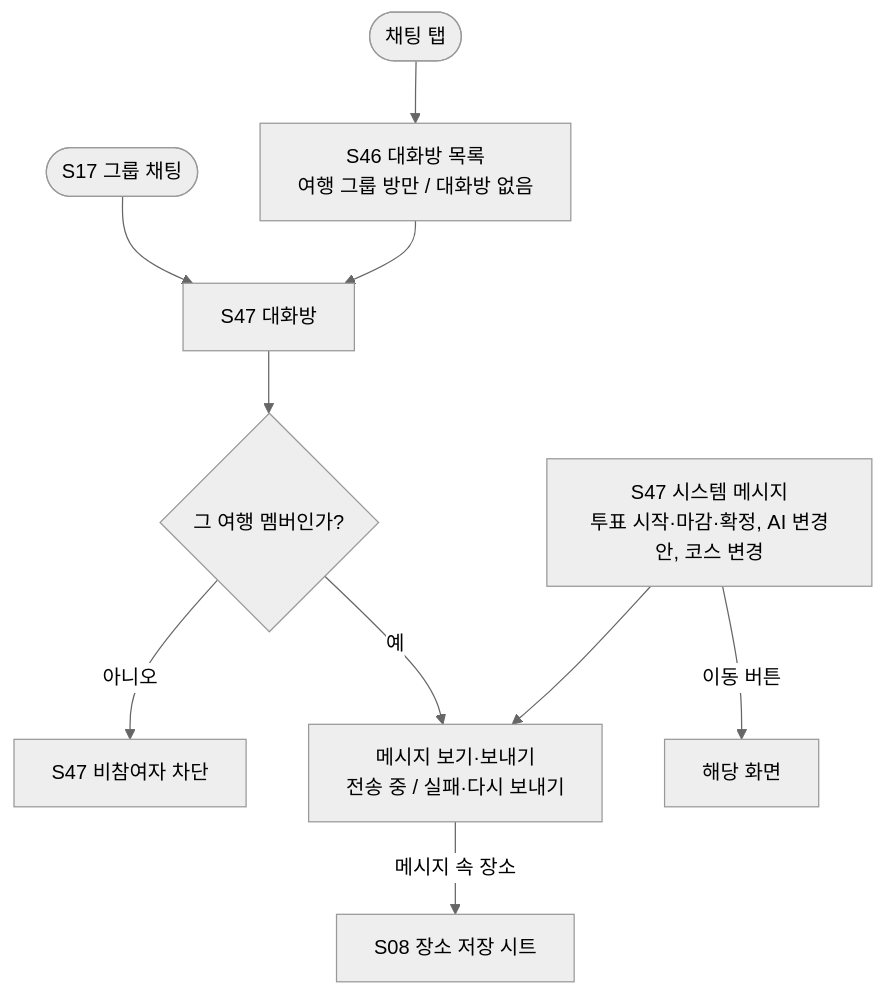
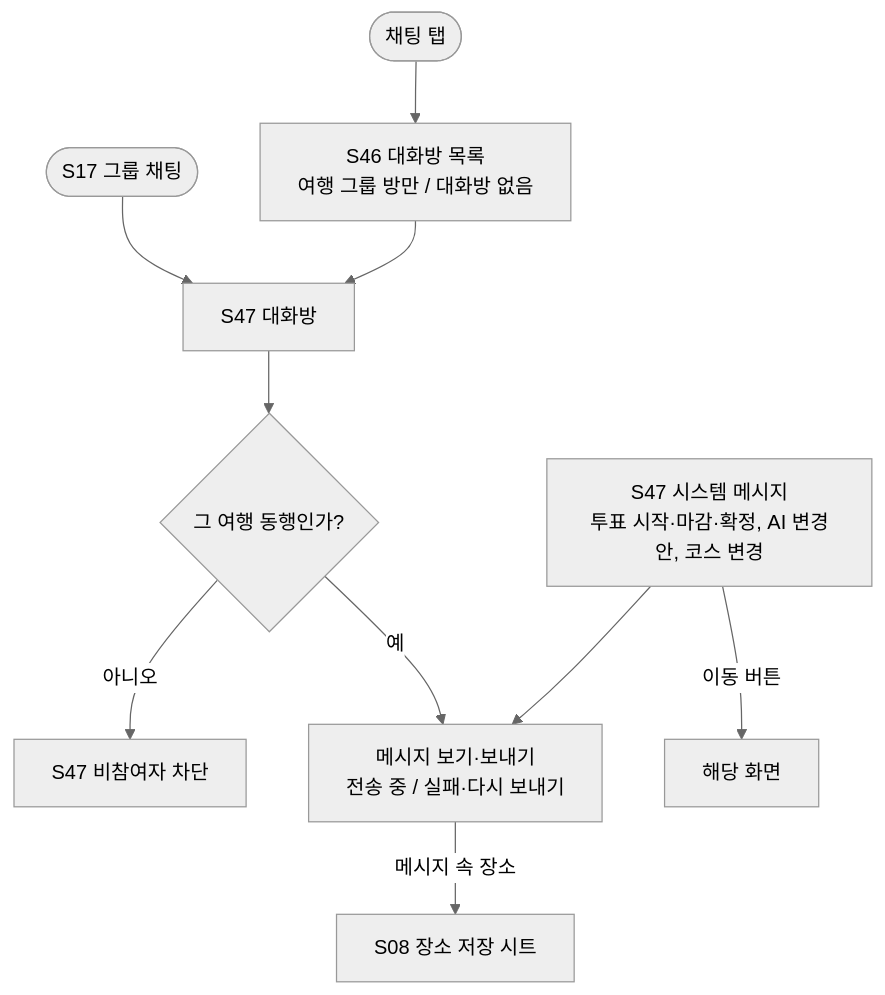
One commit to a204-eodilog/eodilog changed diagram 22 of 24 in docs/flow/user-flow.md. Above: the diagram before and after it, drawn with Mermaid (neutral theme). The commit also changed other lines of this file and 1 other file, not shown here.

````diff
--- a/docs/flow/user-flow.md
+++ b/docs/flow/user-flow.md
@@ -497,12 +510,12 @@
 ```mermaid
 flowchart TD
     T(["채팅 탭"]) --> S46["S46 대화방 목록<br/>여행 그룹 방만 / 대화방 없음"]
     S17(["S17 그룹 채팅"]) --> S47
     S46 --> S47["S47 대화방"]
-    S47 --> ACC{"그 여행 멤버인가?"}
+    S47 --> ACC{"그 여행 동행인가?"}
     ACC -- "아니오" --> DENY["S47 비참여자 차단"]
     ACC -- "예" --> MSG["메시지 보기·보내기<br/>전송 중 / 실패·다시 보내기"]
     SYS["S47 시스템 메시지<br/>투표 시작·마감·확정, AI 변경안, 코스 변경"] --> MSG
     SYS -- "이동 버튼" --> GO["해당 화면"]
     MSG -- "메시지 속 장소" --> S08["S08 장소 저장 시트"]
 ```
````
